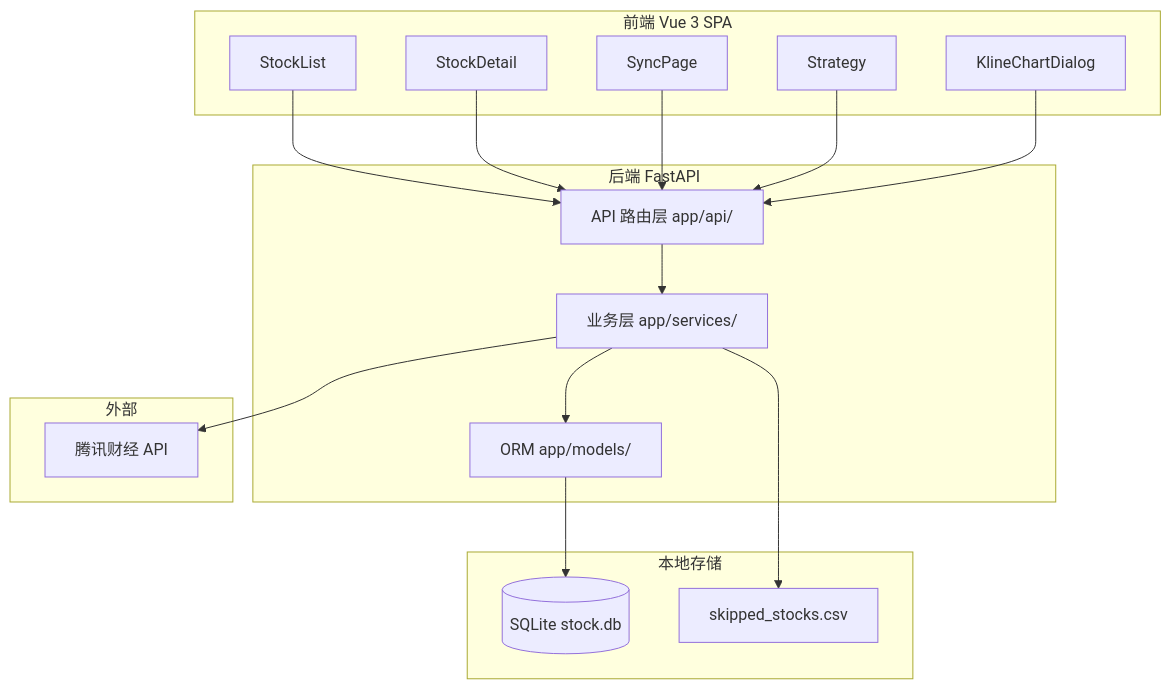
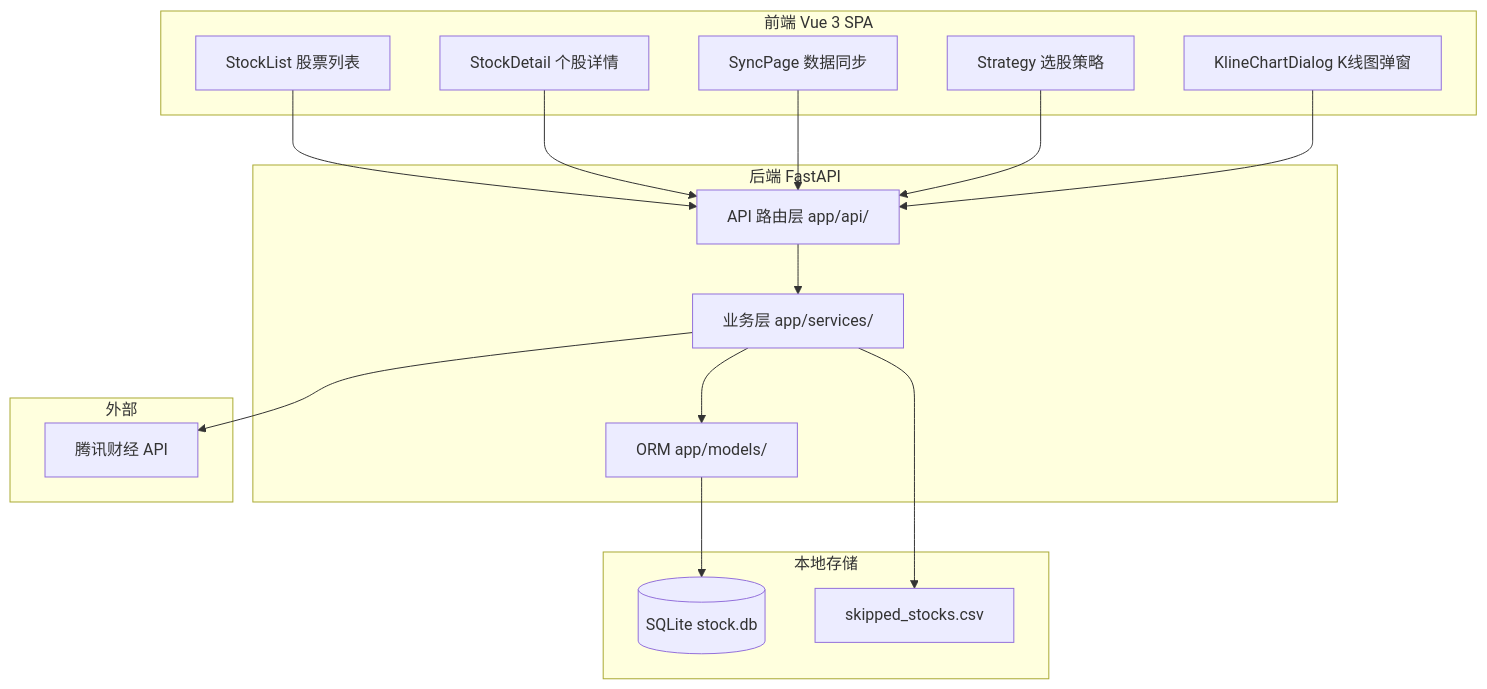
The first of 2 diagrams in docs/PROJECT_CONTEXT.md (Ten2016/Stock_selection_system), drawn with Mermaid before and after one commit. The commit also changed other lines of this file and 14 other files, not shown here.

````diff
--- a/docs/PROJECT_CONTEXT.md
+++ b/docs/PROJECT_CONTEXT.md
@@ -97,33 +98,33 @@
 ```mermaid
 flowchart TB
     subgraph Frontend["前端 Vue 3 SPA"]
-        SL[StockList]
-        SD[StockDetail]
-        SP[SyncPage]
-        ST[Strategy]
-        KC[KlineChartDialog]
+        SL[StockList 股票列表]
+        SD[StockDetail 个股详情]
+        SP[SyncPage 数据同步]
+        ST[Strategy 选股策略]
+        KC[KlineChartDialog K线图弹窗]
     end
 
     subgraph Backend["后端 FastAPI"]
         API["API 路由层 app/api/"]
         SVC["业务层 app/services/"]
         ORM["ORM app/models/"]
     end
 
     subgraph External["外部"]
         TENCENT["腾讯财经 API"]
     end
 
     subgraph Storage["本地存储"]
         DB[(SQLite stock.db)]
         CSV[skipped_stocks.csv]
     end
 
     SL & SD & SP & ST --> API
     KC --> API
     API --> SVC
     SVC --> ORM
     ORM --> DB
     SVC --> TENCENT
     SVC --> CSV
 ```
````
